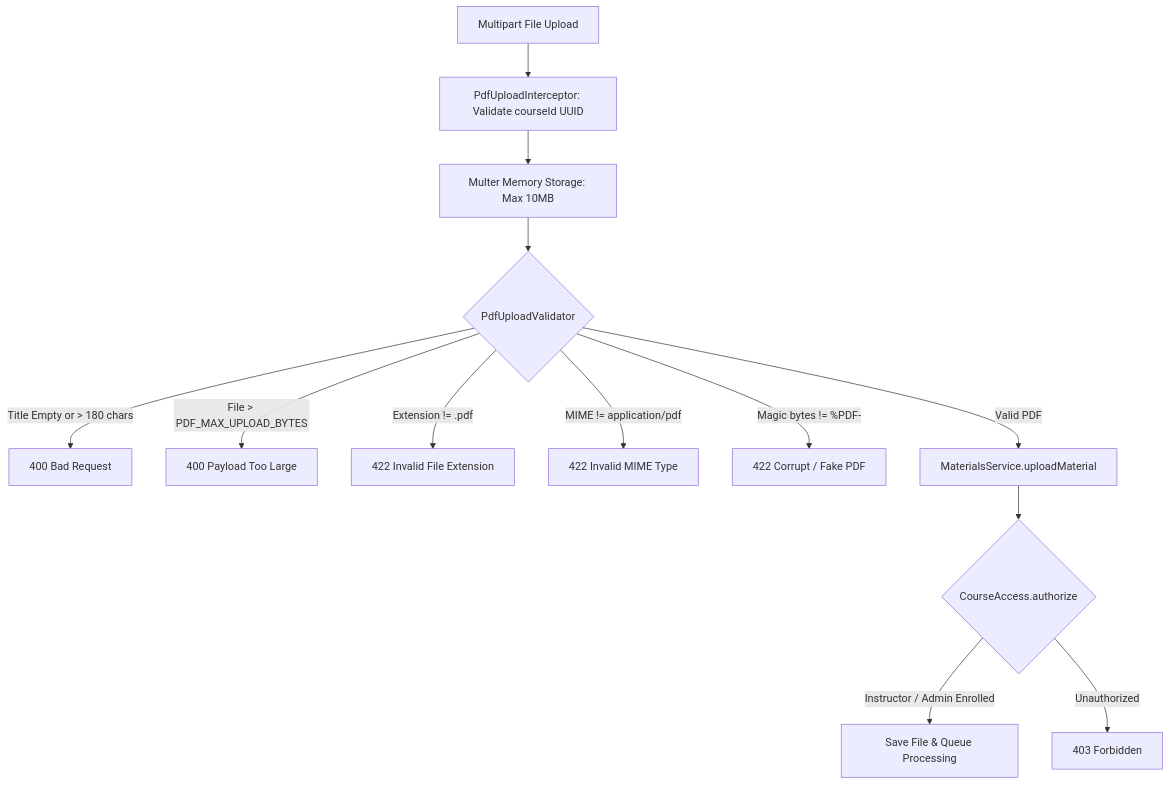
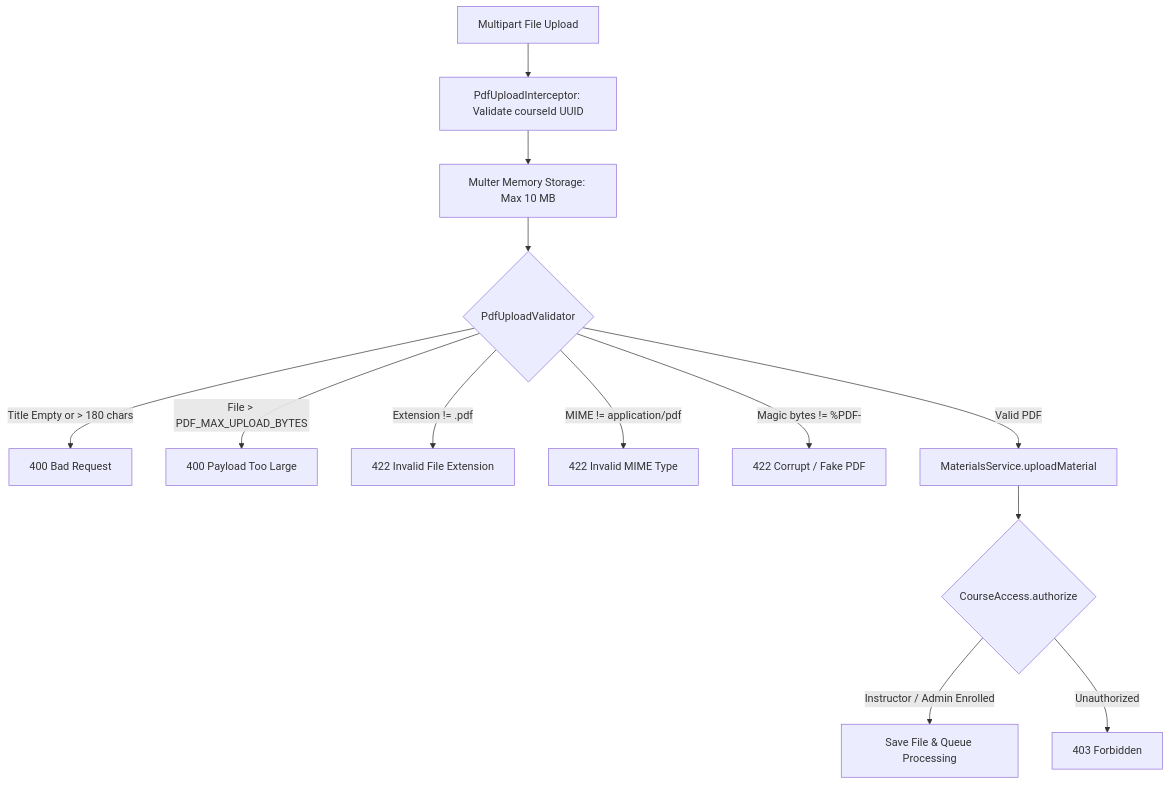
Before and after one commit to MahmoudAhmed184/Morshid: the first of 3 diagrams in docs/developer-guide/09-materials-ingestion-and-storage.md, drawn with Mermaid. The commit also changed other lines of this file and 17 other files, not shown here.

````diff
--- a/docs/developer-guide/09-materials-ingestion-and-storage.md
+++ b/docs/developer-guide/09-materials-ingestion-and-storage.md
@@ -38,17 +38,17 @@
 ```mermaid
 flowchart TD
-    Req[Multipart File Upload] --> Interceptor[PdfUploadInterceptor: Validate courseId UUID]
-    Interceptor --> Multer[Multer Memory Storage: Max 10MB]
+    Req["Multipart File Upload"] --> Interceptor["PdfUploadInterceptor: Validate courseId UUID"]
+    Interceptor --> Multer["Multer Memory Storage: Max 10 MB"]
     Multer --> Validator{PdfUploadValidator}
     
     Validator -->|Title Empty or > 180 chars| Err400A[400 Bad Request]
     Validator -->|File > PDF_MAX_UPLOAD_BYTES| Err400B[400 Payload Too Large]
     Validator -->|Extension != .pdf| Err422A[422 Invalid File Extension]
     Validator -->|MIME != application/pdf| Err422B[422 Invalid MIME Type]
     Validator -->|Magic bytes != %PDF-| Err422C[422 Corrupt / Fake PDF]
     
     Validator -->|Valid PDF| Service[MaterialsService.uploadMaterial]
     Service --> AuthCheck{CourseAccess.authorize}
     AuthCheck -->|Instructor / Admin Enrolled| Save[Save File & Queue Processing]
     AuthCheck -->|Unauthorized| Err403[403 Forbidden]
 ```
````
